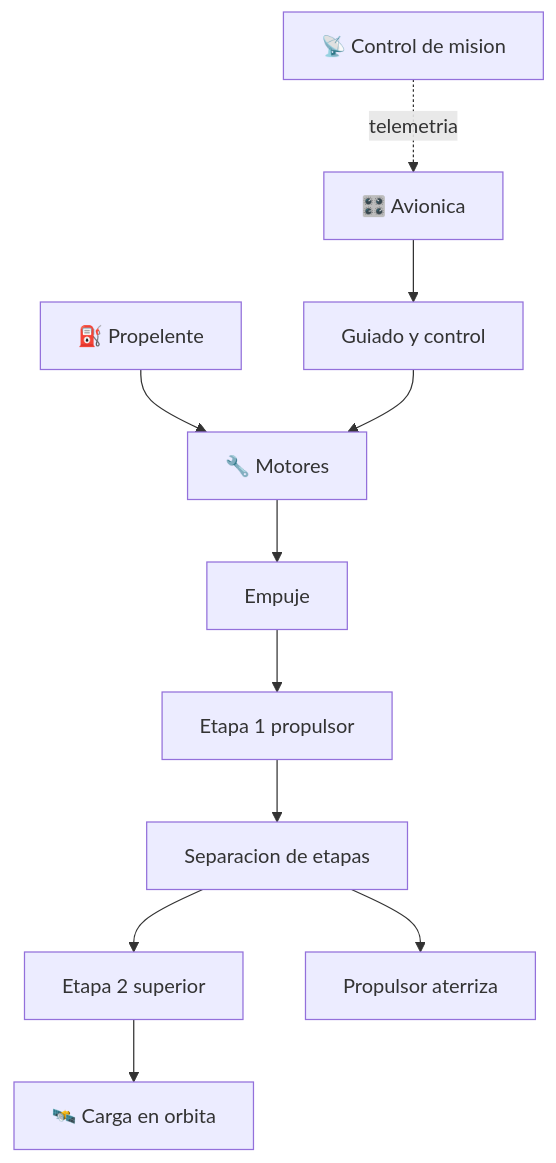
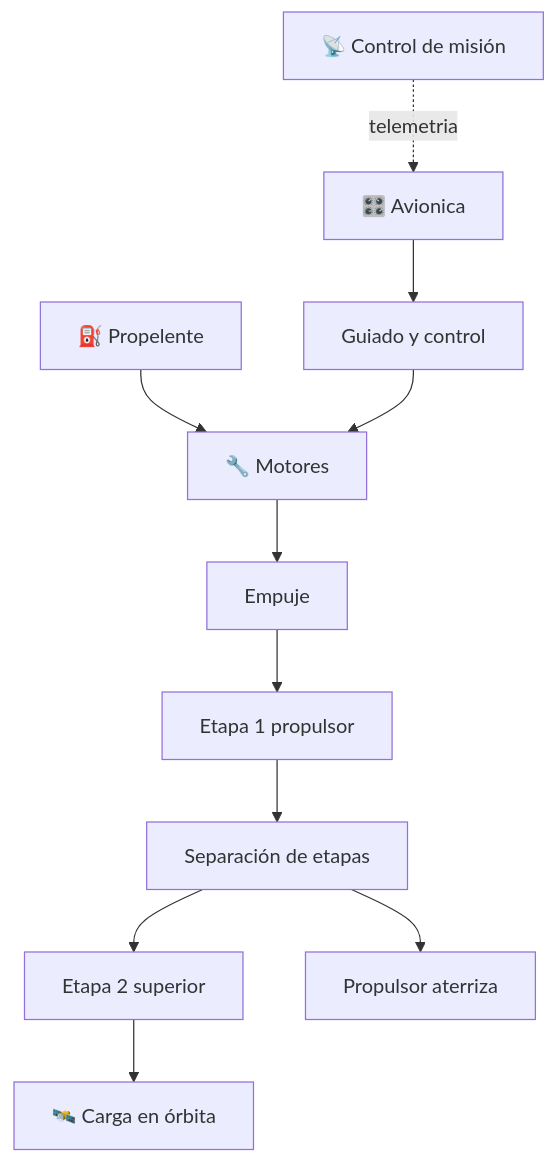
Before and after one commit to vladimiracunadev-create/machine-operator-program: the diagram in vehiculos/cohetes/README.md, drawn with Mermaid. The commit also changed other lines of this file and 442 other files, not shown here.

````diff
--- a/vehiculos/cohetes/README.md
+++ b/vehiculos/cohetes/README.md
@@ -34,13 +34,13 @@
 ```mermaid
 flowchart TD
     Propelente[⛽ Propelente] --> Motor[🔧 Motores]
     Motor --> Empuje[Empuje]
     Empuje --> Etapa1[Etapa 1 propulsor]
-    Etapa1 --> Separacion[Separacion de etapas]
+    Etapa1 --> Separacion[Separación de etapas]
     Separacion --> Etapa2[Etapa 2 superior]
-    Etapa2 --> Orbita[🛰️ Carga en orbita]
+    Etapa2 --> Orbita[🛰️ Carga en órbita]
     Separacion --> Retorno[Propulsor aterriza]
     Avionica[🎛️ Avionica] --> Guiado[Guiado y control]
     Guiado --> Motor
-    Tierra[📡 Control de mision] -. telemetria .-> Avionica
+    Tierra[📡 Control de misión] -. telemetria .-> Avionica
 ```
````
